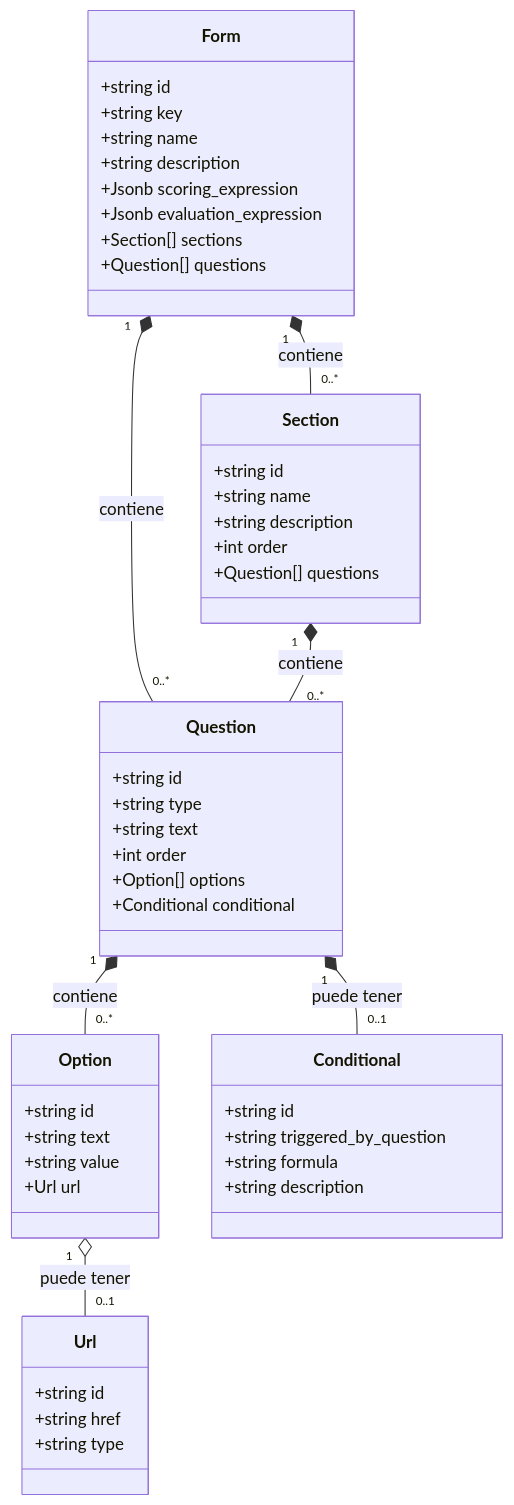
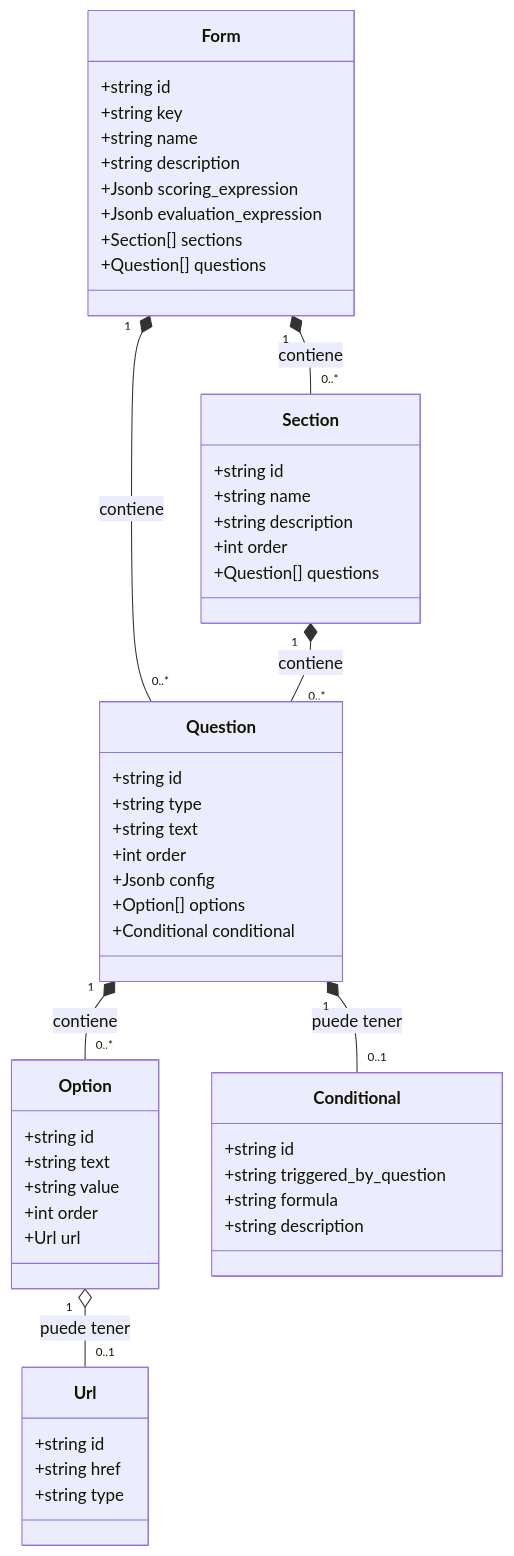
Before and after one commit to m4ck-y/dh_docs: the diagram in features/questionnaires/catalog/CLASS.mmd, drawn with Mermaid. The commit also changed 15 other files, not shown here.

First line of the commit message:
docs(questionnaires): rescue RANGE/TIMER types and add per-type config

```diff
--- a/features/questionnaires/catalog/CLASS.mmd
+++ b/features/questionnaires/catalog/CLASS.mmd
@@ -1,55 +1,60 @@
 classDiagram
     class Form {
         +string id
         +string key
         +string name
         +string description
         +Jsonb scoring_expression
         +Jsonb evaluation_expression
         +Section[] sections
         +Question[] questions
     }
 
     class Section {
         +string id
         +string name
         +string description
         +int order
         +Question[] questions
     }
 
     class Question {
         +string id
         +string type
         +string text
         +int order
+        +Jsonb config
         +Option[] options
         +Conditional conditional
     }
+
+    %% Question.config: JSONB nullable, forma segun Question.type
+    %% (ver catalog/question_types/). Incluye "required" y parametros del tipo.
 
     class Option {
         +string id
         +string text
         +string value
+        +int order
         +Url url
     }
 
     class Conditional {
         +string id
         +string triggered_by_question
         +string formula
         +string description
     }
 
     class Url {
         +string id
         +string href
         +string type
     }
 
     Form "1" *-- "0..*" Section : contiene
     Form "1" *-- "0..*" Question : contiene
     Section "1" *-- "0..*" Question : contiene
     Question "1" *-- "0..*" Option : contiene
     Question "1" *-- "0..1" Conditional : puede tener
     Option "1" o-- "0..1" Url : puede tener
```
